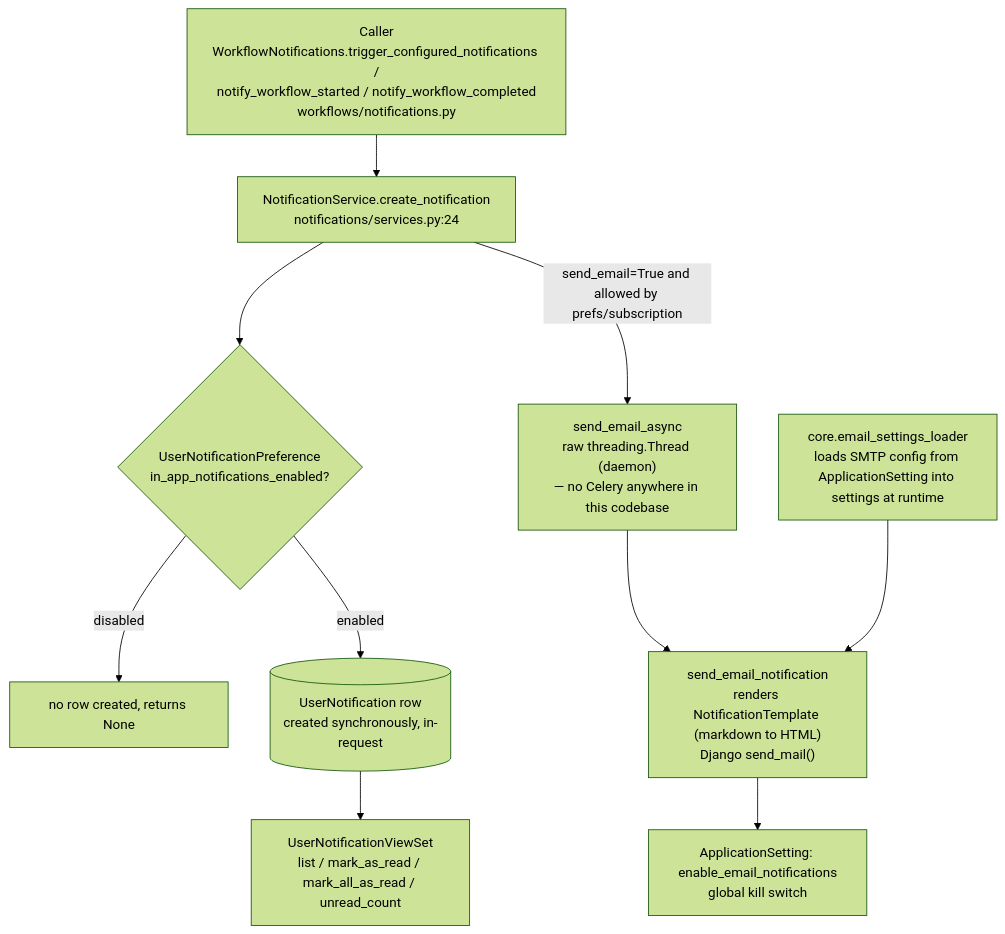
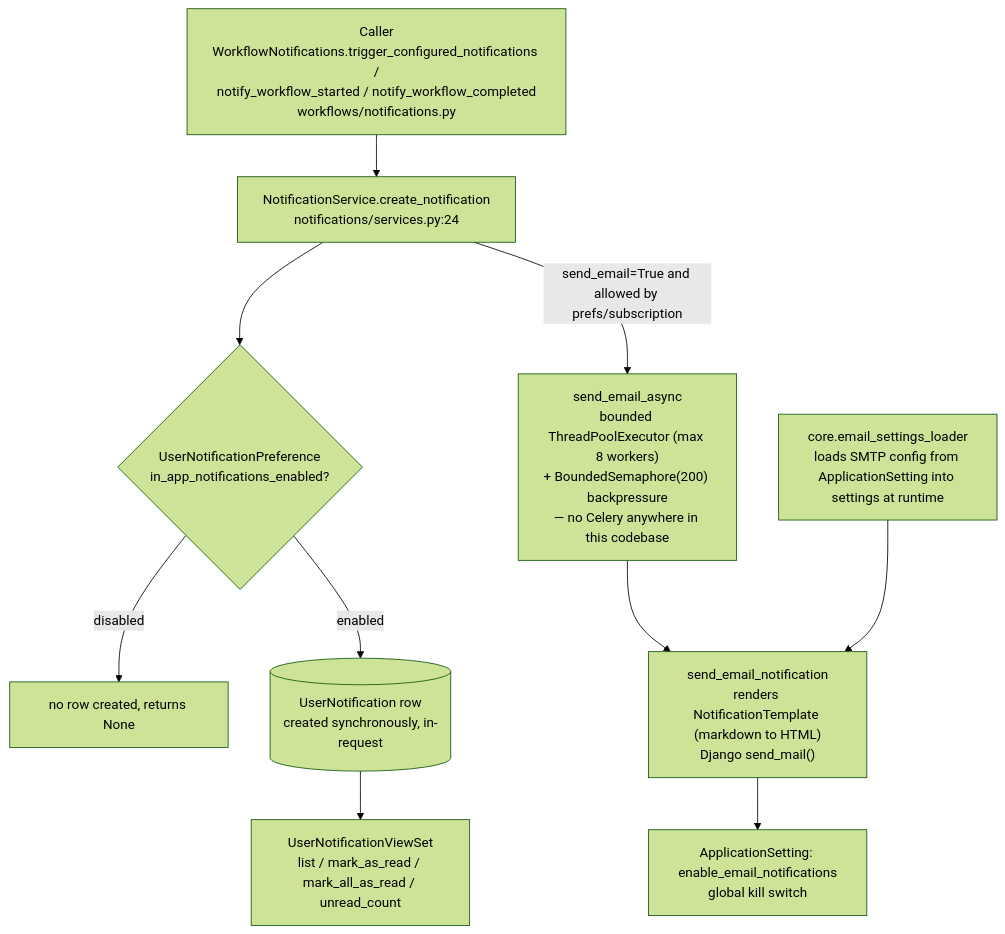
The tenth of 11 diagrams in docs/ARCHITECTURE.md (arslant84/tms.app), drawn with Mermaid (forest theme) before and after one commit. The commit also changed other lines of this file and 2 other files, not shown here.

````diff
--- a/docs/ARCHITECTURE.md
+++ b/docs/ARCHITECTURE.md
@@ -394,19 +394,19 @@
 ```mermaid
 flowchart TD
     CALLER["Caller<br/>WorkflowNotifications.trigger_configured_notifications /<br/>notify_workflow_started / notify_workflow_completed<br/>workflows/notifications.py"]
     NS["NotificationService.create_notification<br/>notifications/services.py:24"]
     PREF{"UserNotificationPreference<br/>in_app_notifications_enabled?"}
     ROW[("UserNotification row<br/>created synchronously, in-request")]
-    THREAD["send_email_async<br/>raw threading.Thread (daemon)<br/>— no Celery anywhere in this codebase"]
+    THREAD["send_email_async<br/>bounded ThreadPoolExecutor (max 8 workers)<br/>+ BoundedSemaphore(200) backpressure<br/>— no Celery anywhere in this codebase"]
     EMAIL["send_email_notification<br/>renders NotificationTemplate (markdown to HTML)<br/>Django send_mail()"]
     KILL["ApplicationSetting: enable_email_notifications<br/>global kill switch"]
     CFG["core.email_settings_loader<br/>loads SMTP config from ApplicationSetting into settings at runtime"]
     API["UserNotificationViewSet<br/>list / mark_as_read / mark_all_as_read / unread_count"]
 
     CALLER --> NS --> PREF
     PREF -->|"disabled"| STOP1["no row created, returns None"]
     PREF -->|"enabled"| ROW --> API
     NS -->|"send_email=True and allowed by prefs/subscription"| THREAD --> EMAIL
     EMAIL --> KILL
     CFG --> EMAIL
 ```
````
